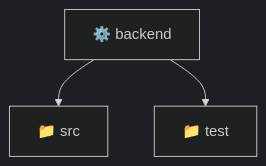
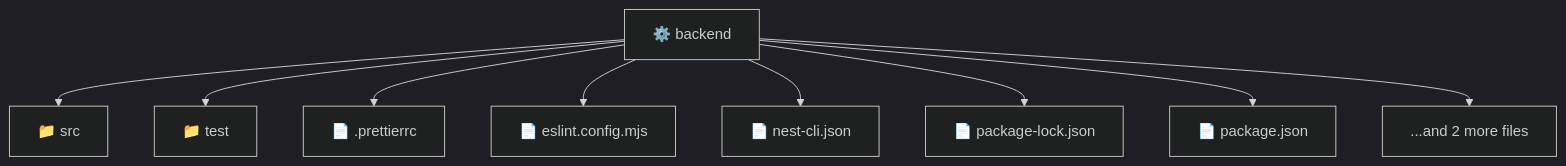
One commit to beginwebdev2002/fullstack-mavluda changed the diagram in backend/README.md. Above: the diagram before and after it, drawn with Mermaid (dark theme). The commit also changed other lines of this file and 157 other files, not shown here.

First line of the commit message:
docs: generate localized readmes for architectural transparency

````diff
--- a/backend/README.md
+++ b/backend/README.md
@@ -9,6 +11,12 @@
 ```mermaid
 graph TD
   backend["⚙️ backend"]
-  backend --> src["📁 src"]
-  backend --> test["📁 test"]
+  backend --> backend_src["📁 src"]
+  backend --> backend_test["📁 test"]
+  backend --> backend__prettierrc["📄 .prettierrc"]
+  backend --> backend_eslint_config_mjs["📄 eslint.config.mjs"]
+  backend --> backend_nest_cli_json["📄 nest-cli.json"]
+  backend --> backend_package_lock_json["📄 package-lock.json"]
+  backend --> backend_package_json["📄 package.json"]
+  backend --> backend_more_files["...and 2 more files"]
 ```
````
